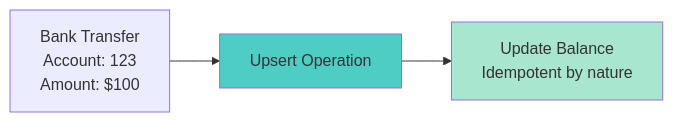
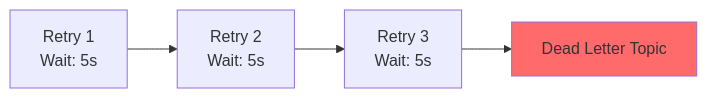
One commit to vorrawut/KafkaStarter changed the fourth of 9 diagrams in class/workshop/lesson_9/README.md. Above: the diagram before and after it, drawn with Mermaid. The commit also changed other lines of this file and 204 other files, not shown here.

````diff
--- a/class/workshop/lesson_9/README.md
+++ b/class/workshop/lesson_9/README.md
@@ -132,8 +122,8 @@
 ```mermaid
 graph LR
-    TRANSFER[Bank Transfer<br/>Account: 123<br/>Amount: $100] --> UPSERT[Upsert Operation]
-    UPSERT --> BALANCE[Update Balance<br/>Idempotent by nature]
+    R1[Retry 1<br/>Wait: 5s] --> R2[Retry 2<br/>Wait: 5s]
+    R2 --> R3[Retry 3<br/>Wait: 5s]
+    R3 --> DLT[Dead Letter Topic]
     
-    style UPSERT fill:#4ecdc4
-    style BALANCE fill:#a8e6cf
+    style DLT fill:#ff6b6b
 ```
````
